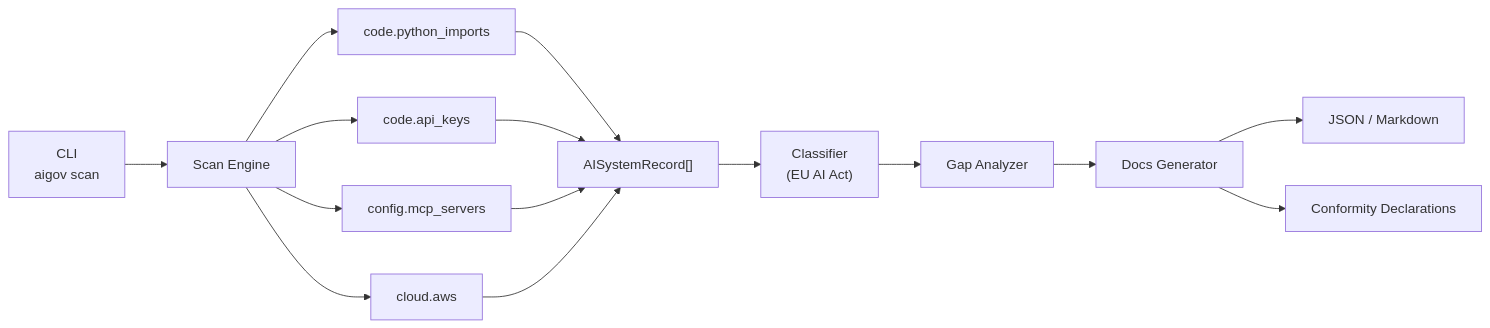
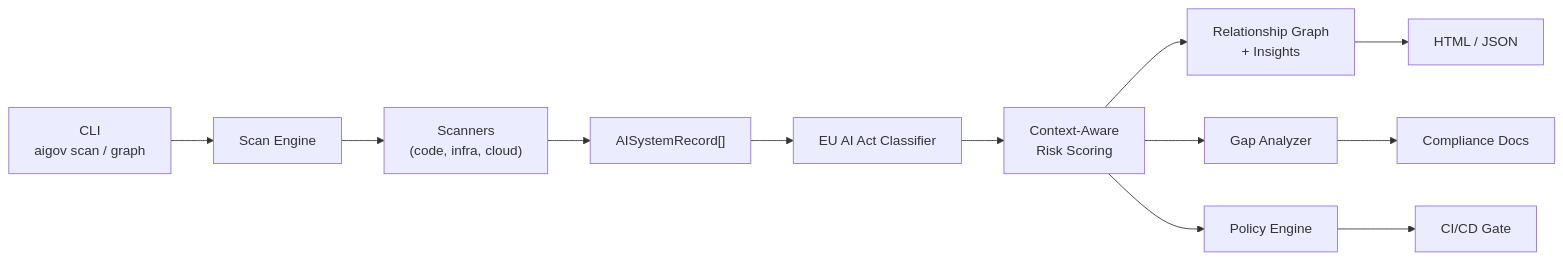
Before and after one commit to abhaykshir/aigov: the diagram in README.md, drawn with Mermaid. The commit also changed other lines of this file, not shown here.

````diff
--- a/README.md
+++ b/README.md
@@ -221,14 +235,14 @@
 ```mermaid
 flowchart LR
-    CLI["CLI\naigov scan"] --> Engine["Scan Engine"]
-    Engine --> S1["code.python_imports"]
-    Engine --> S2["code.api_keys"]
-    Engine --> S3["config.mcp_servers"]
-    Engine --> S4["cloud.aws"]
-    S1 & S2 & S3 & S4 --> Records["AISystemRecord[]"]
-    Records --> Classifier["Classifier\n(EU AI Act)"]
-    Classifier --> Gaps["Gap Analyzer"]
-    Gaps --> Docs["Docs Generator"]
-    Docs --> Out1["JSON / Markdown"]
-    Docs --> Out2["Conformity Declarations"]
+    CLI["CLI<br/>aigov scan / graph"] --> Engine["Scan Engine"]
+    Engine --> Scanners["Scanners<br/>(code, infra, cloud)"]
+    Scanners --> Records["AISystemRecord[]"]
+    Records --> Classifier["EU AI Act Classifier"]
+    Classifier --> Risk["Context-Aware<br/>Risk Scoring"]
+    Risk --> Graph["Relationship Graph<br/>+ Insights"]
+    Risk --> Gaps["Gap Analyzer"]
+    Risk --> Policy["Policy Engine"]
+    Gaps --> Docs["Compliance Docs"]
+    Graph --> HTML["HTML / JSON"]
+    Policy --> CI["CI/CD Gate"]
 ```
````
